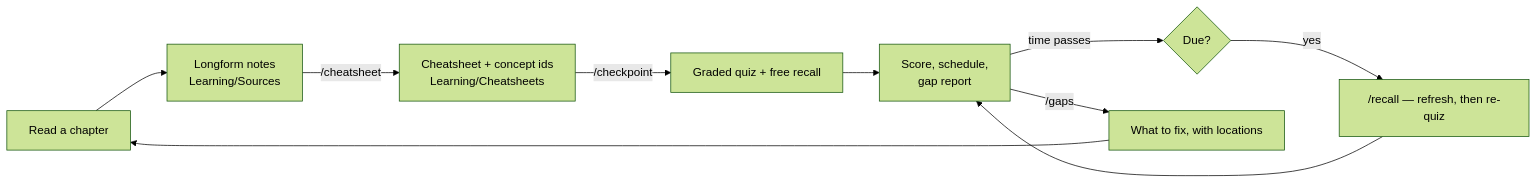
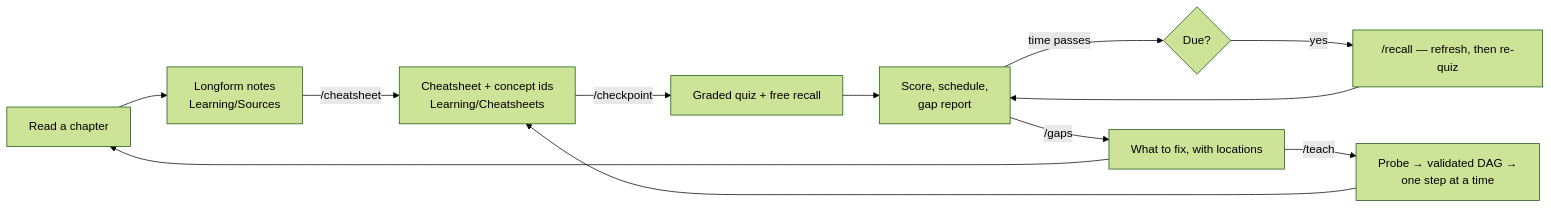
Before and after one commit to MadhavMenon10/pi-config: the diagram in README.md, drawn with Mermaid (forest theme). The commit also changed other lines of this file and 15 other files, not shown here.

````diff
--- a/README.md
+++ b/README.md
@@ -32,12 +32,14 @@
 ```mermaid
 flowchart LR
   R["Read a chapter"] --> N["Longform notes<br/>Learning/Sources"]
   N -->|"/cheatsheet"| C["Cheatsheet + concept ids<br/>Learning/Cheatsheets"]
   C -->|"/checkpoint"| Q["Graded quiz + free recall"]
   Q --> S["Score, schedule,<br/>gap report"]
   S -->|"time passes"| D{"Due?"}
   D -->|"yes"| V["/recall — refresh, then re-quiz"]
   V --> S
   S -->|"/gaps"| G["What to fix, with locations"]
   G --> R
+  G -->|"/teach"| T["Probe → validated DAG →<br/>one step at a time"]
+  T --> C
 ```
````
